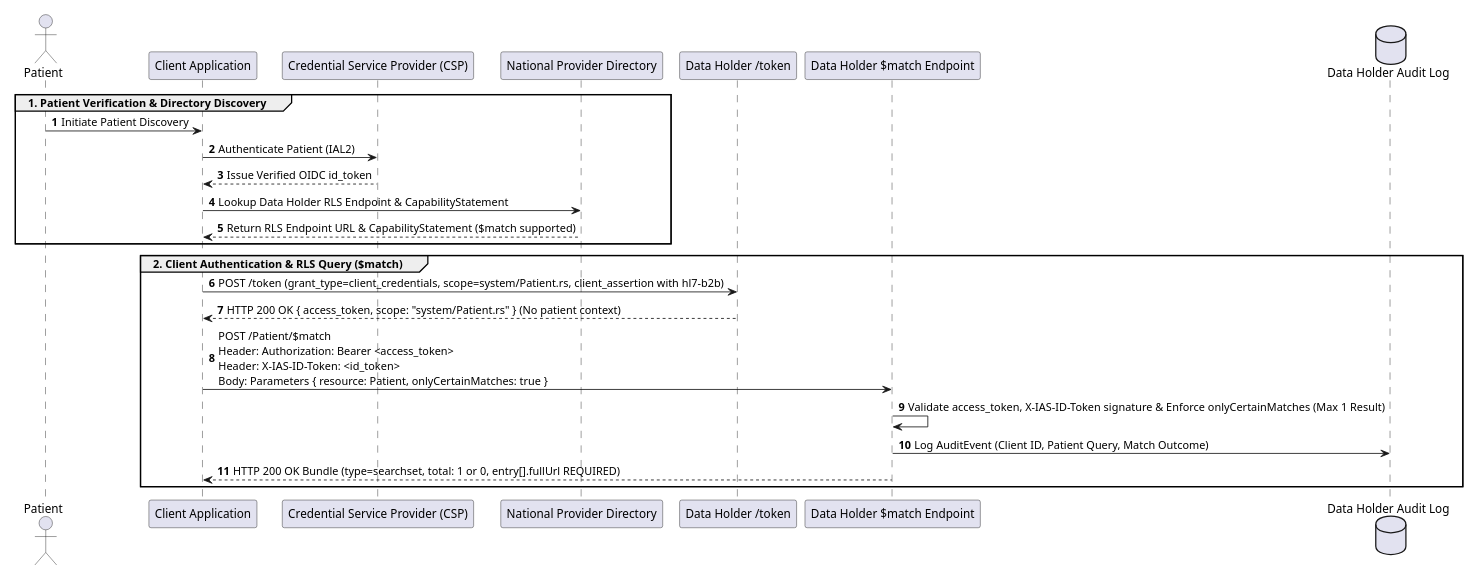
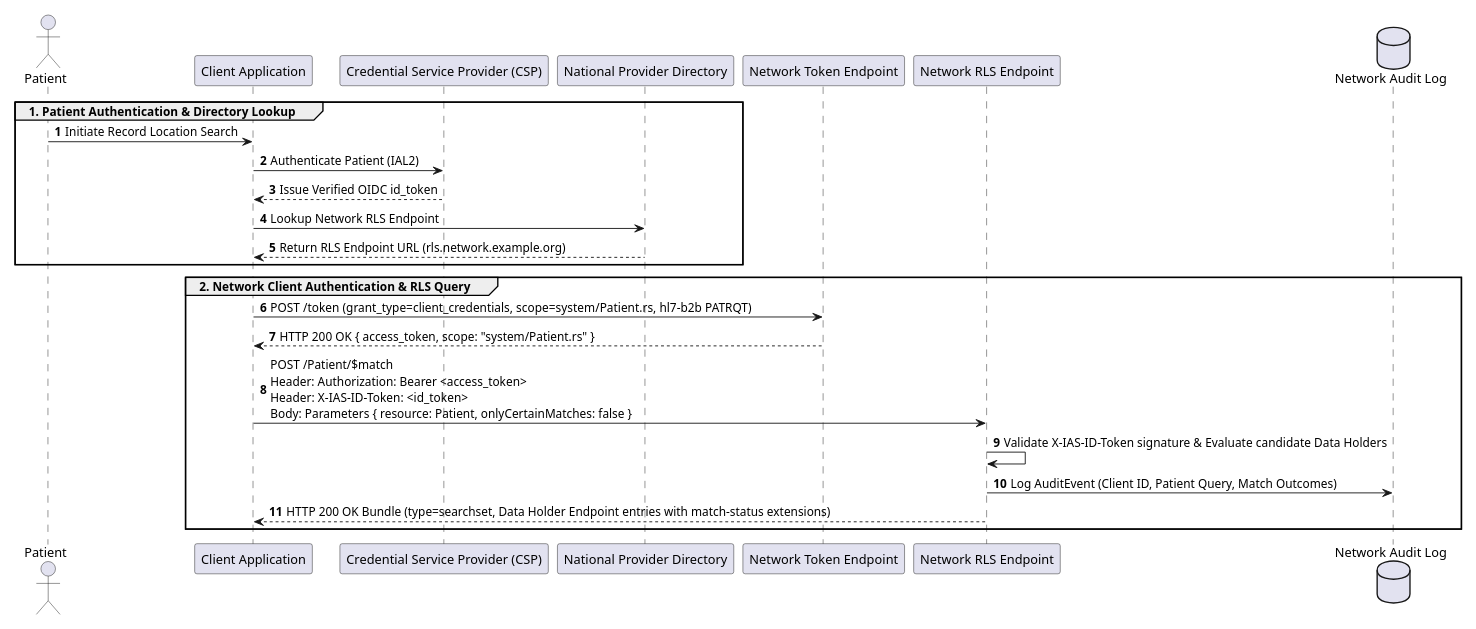
Before and after one commit to alex-dzeda/can-ig: the first of 2 diagrams in input/pages/rls-patient-discovery.md, drawn with PlantUML. The commit also changed other lines of this file and 17 other files, not shown here.

````diff
--- a/input/pages/rls-patient-discovery.md
+++ b/input/pages/rls-patient-discovery.md
@@ -69,30 +80,30 @@
 ```plantuml
 @startuml
 scale max 1000 width
 autonumber
 actor "Patient" as Patient
 participant "Client Application" as Client
 participant "Credential Service Provider (CSP)" as CSP
 participant "National Provider Directory" as Directory
-participant "Data Holder /token" as Token
-participant "Data Holder $match Endpoint" as RLS
-database "Data Holder Audit Log" as Audit
+participant "Network Token Endpoint" as Token
+participant "Network RLS Endpoint" as RLS
+database "Network Audit Log" as Audit
 
-group 1. Patient Verification & Directory Discovery
-Patient -> Client: Initiate Patient Discovery
+group 1. Patient Authentication & Directory Lookup
+Patient -> Client: Initiate Record Location Search
 Client -> CSP: Authenticate Patient (IAL2)
 CSP --> Client: Issue Verified OIDC id_token
-Client -> Directory: Lookup Data Holder RLS Endpoint & CapabilityStatement
-Directory --> Client: Return RLS Endpoint URL & CapabilityStatement ($match supported)
+Client -> Directory: Lookup Network RLS Endpoint
+Directory --> Client: Return RLS Endpoint URL (rls.network.example.org)
 end
 
-group 2. Client Authentication & RLS Query ($match)
-Client -> Token: POST /token (grant_type=client_credentials, scope=system/Patient.rs, client_assertion with hl7-b2b)
-Token --> Client: HTTP 200 OK { access_token, scope: "system/Patient.rs" } (No patient context)
-Client -> RLS: POST /Patient/$match\nHeader: Authorization: Bearer <access_token>\nHeader: X-IAS-ID-Token: <id_token>\nBody: Parameters { resource: Patient, onlyCertainMatches: true }
-RLS -> RLS: Validate access_token, X-IAS-ID-Token signature & Enforce onlyCertainMatches (Max 1 Result)
-RLS -> Audit: Log AuditEvent (Client ID, Patient Query, Match Outcome)
-RLS --> Client: HTTP 200 OK Bundle (type=searchset, total: 1 or 0, entry[].fullUrl REQUIRED)
+group 2. Network Client Authentication & RLS Query
+Client -> Token: POST /token (grant_type=client_credentials, scope=system/Patient.rs, hl7-b2b PATRQT)
+Token --> Client: HTTP 200 OK { access_token, scope: "system/Patient.rs" }
+Client -> RLS: POST /Patient/$match\nHeader: Authorization: Bearer <access_token>\nHeader: X-IAS-ID-Token: <id_token>\nBody: Parameters { resource: Patient, onlyCertainMatches: false }
+RLS -> RLS: Validate X-IAS-ID-Token signature & Evaluate candidate Data Holders
+RLS -> Audit: Log AuditEvent (Client ID, Patient Query, Match Outcomes)
+RLS --> Client: HTTP 200 OK Bundle (type=searchset, Data Holder Endpoint entries with match-status extensions)
 end
 @enduml
 ```
````
